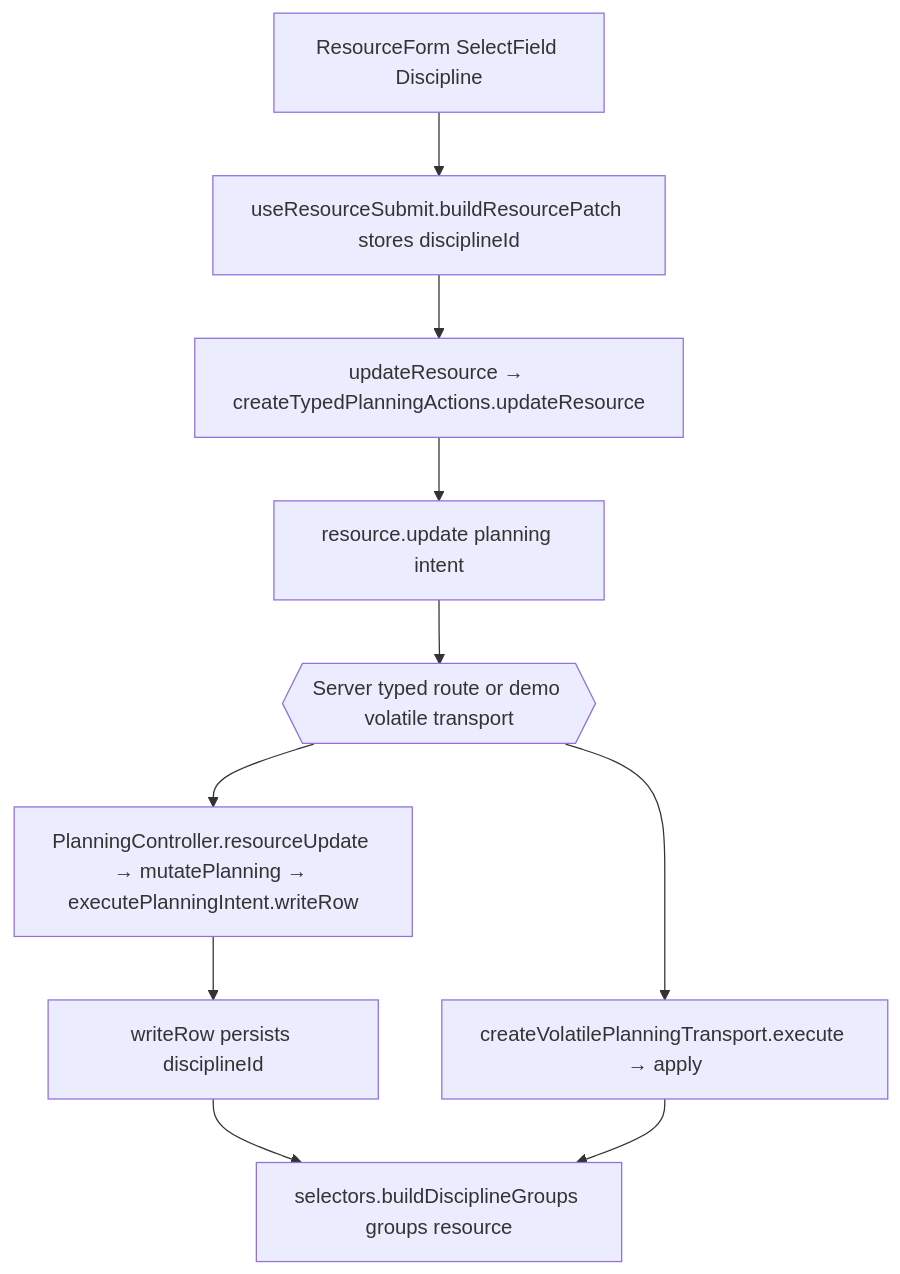
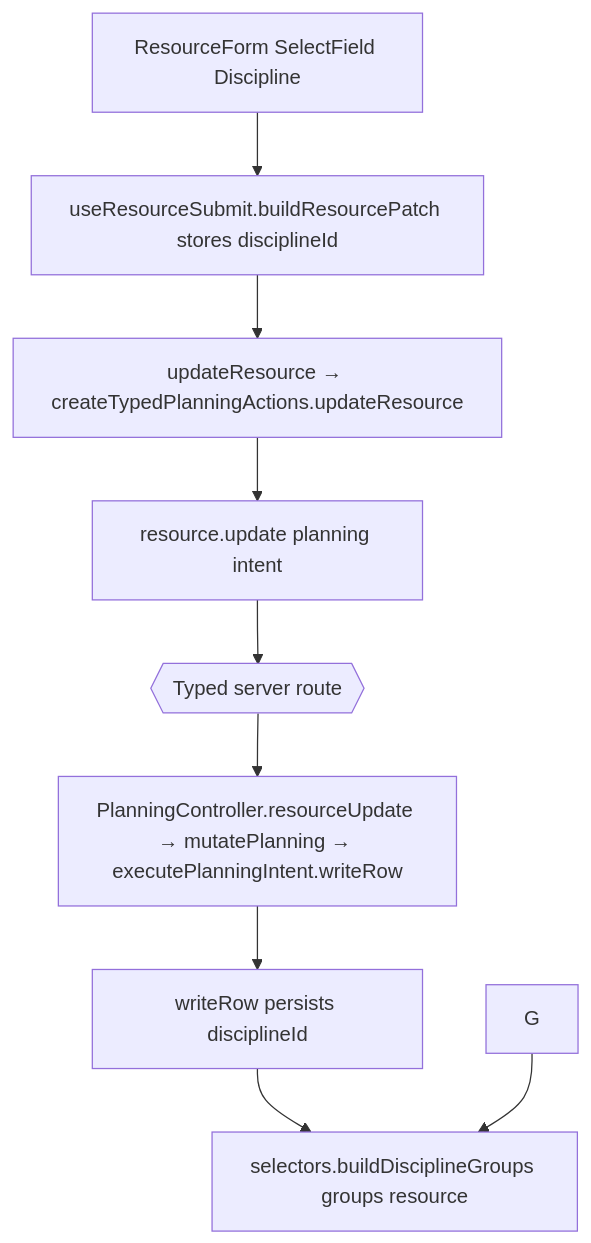
Before and after one commit to Kevinjohn/capacitylens: the second of 2 diagrams in user-stories/resources/US-RES-08-discipline-grouping.md, drawn with Mermaid. The commit also changed other lines of this file and 343 other files, not shown here.

Commit message:
feat: use server-owned company planning and a disposable development demo

````diff
--- a/user-stories/resources/US-RES-08-discipline-grouping.md
+++ b/user-stories/resources/US-RES-08-discipline-grouping.md
@@ -26,10 +26,9 @@
 ```mermaid
 flowchart TD
   A["ResourceForm SelectField Discipline"] --> B["useResourceSubmit.buildResourcePatch stores disciplineId"]
   B --> C["updateResource → createTypedPlanningActions.updateResource"] --> D["resource.update planning intent"]
-  D --> E{{"Server typed route or demo volatile transport"}}
+  D --> E{{"Typed server route"}}
   E --> F["PlanningController.resourceUpdate → mutatePlanning → executePlanningIntent.writeRow"] --> F2["writeRow persists disciplineId"]
-  E --> G["createVolatilePlanningTransport.execute → apply"]
   F2 --> H["selectors.buildDisciplineGroups groups resource"]
   G --> H
 ```
````
